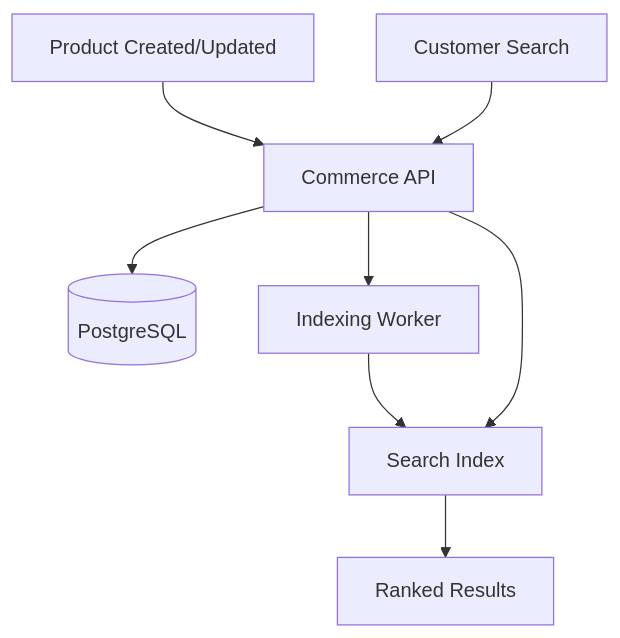
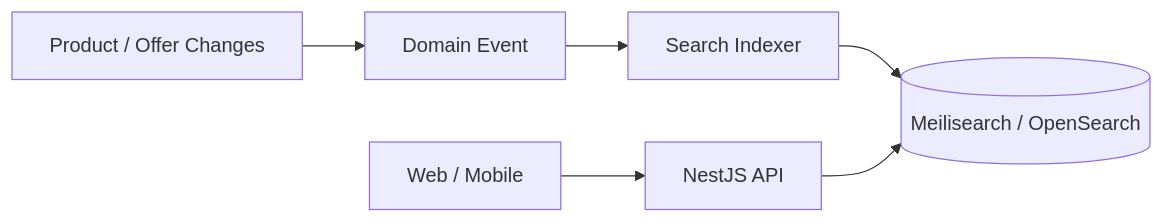
Before and after one commit to Izyane-InovSolutions/commerce: diagram 20 of 25 in README.md, drawn with Mermaid. The commit also changed other lines of this file, not shown here.

Commit message:
docs: switch backend architecture to NestJS modular monolith

````diff
--- a/README.md
+++ b/README.md
@@ -937,11 +907,8 @@
 ```mermaid
-flowchart TD
-    PRODUCT[Product Created/Updated] --> API[Commerce API]
-    API --> DB[(PostgreSQL)]
-    API --> INDEXER[Indexing Worker]
-    INDEXER --> SEARCH[Search Index]
-
-    CUSTOMER[Customer Search] --> API
+flowchart LR
+    PRODUCT[Product / Offer Changes] --> EVENT[Domain Event]
+    EVENT --> INDEXER[Search Indexer]
+    INDEXER --> SEARCH[(Meilisearch / OpenSearch)]
+    CLIENT[Web / Mobile] --> API[NestJS API]
     API --> SEARCH
-    SEARCH --> RESULTS[Ranked Results]
 ```
````
